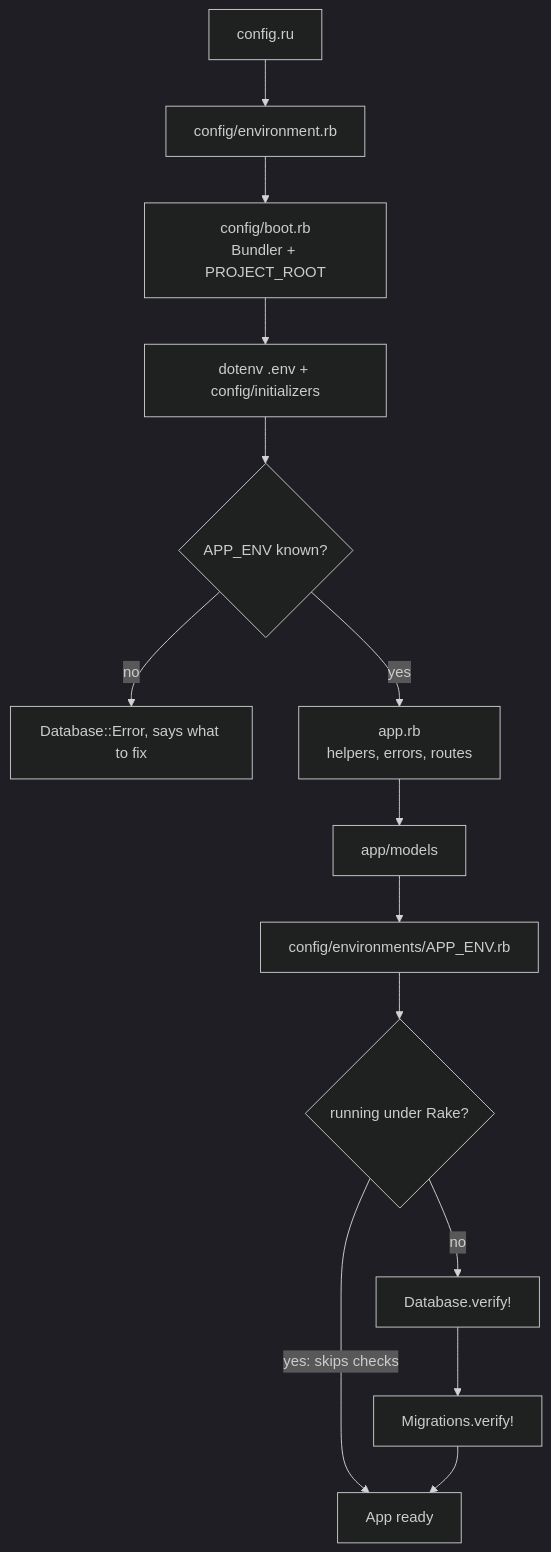
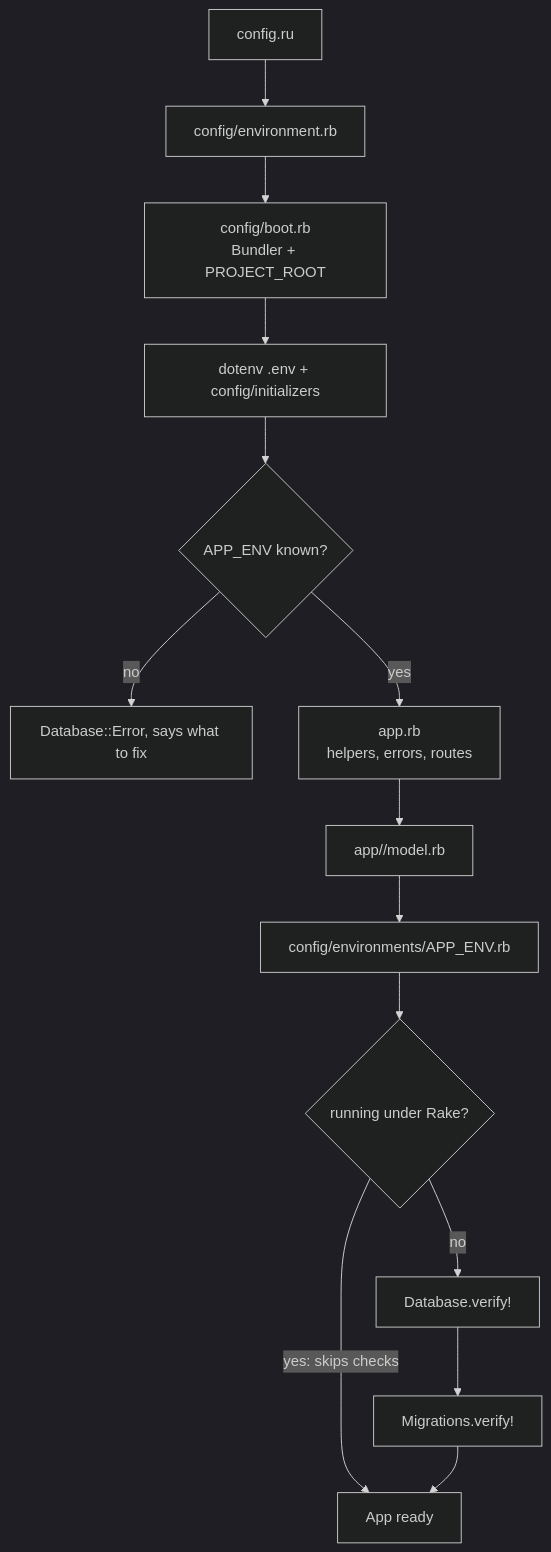
The diagram in docs/architecture.md (http-pardal-dev/ruby-sinatra), drawn with Mermaid (dark theme) before and after one commit. The commit also changed other lines of this file and 21 other files, not shown here.

First line of the commit message:
refactor(structure): reorganize app and spec by resource

````diff
--- a/docs/architecture.md
+++ b/docs/architecture.md
@@ -26,16 +26,16 @@
 ```mermaid
 flowchart TD
     A["config.ru"] --> B["config/environment.rb"]
     B --> C["config/boot.rb<br/>Bundler + PROJECT_ROOT"]
     C --> D["dotenv .env + config/initializers"]
     D --> E{"APP_ENV known?"}
     E -- no --> X["Database::Error, says what to fix"]
     E -- yes --> F["app.rb<br/>helpers, errors, routes"]
-    F --> G["app/models"]
+    F --> G["app/<resource>/model.rb"]
     G --> H["config/environments/APP_ENV.rb"]
     H --> I{"running under Rake?"}
     I -- "yes: skips checks" --> L["App ready"]
     I -- no --> J["Database.verify!"]
     J --> K["Migrations.verify!"]
     K --> L
 ```
````
